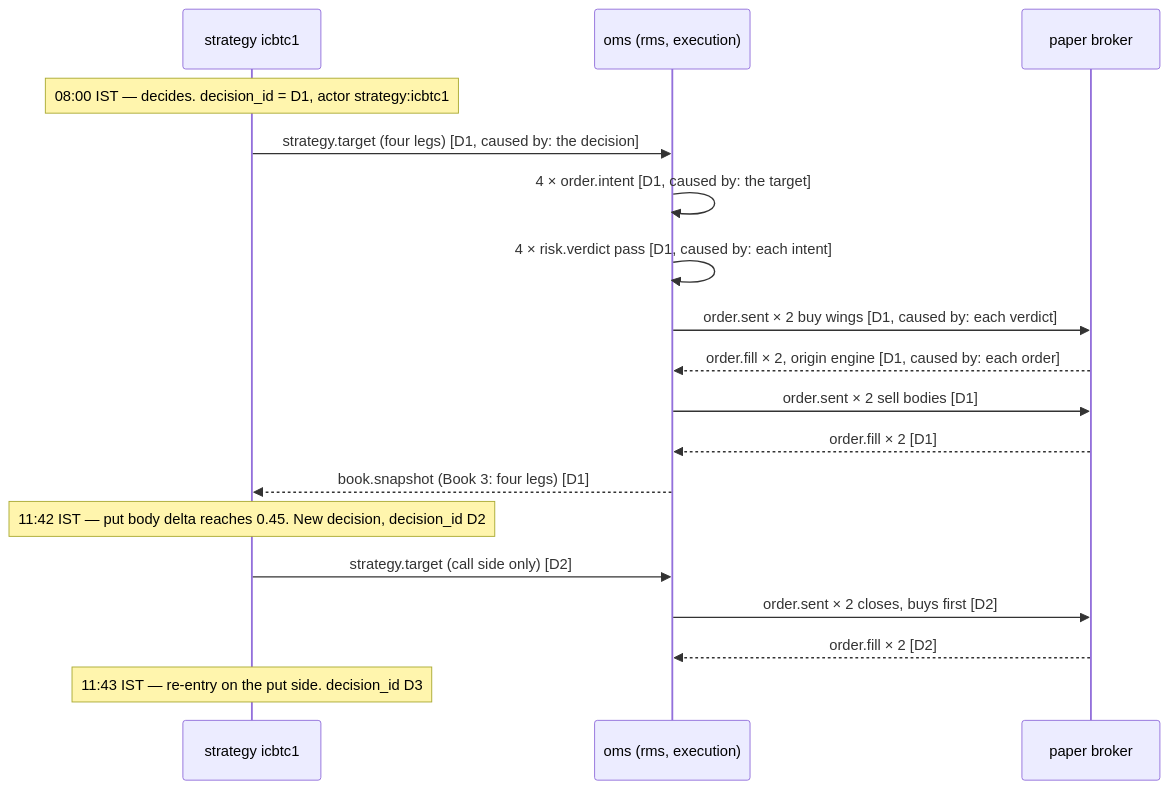
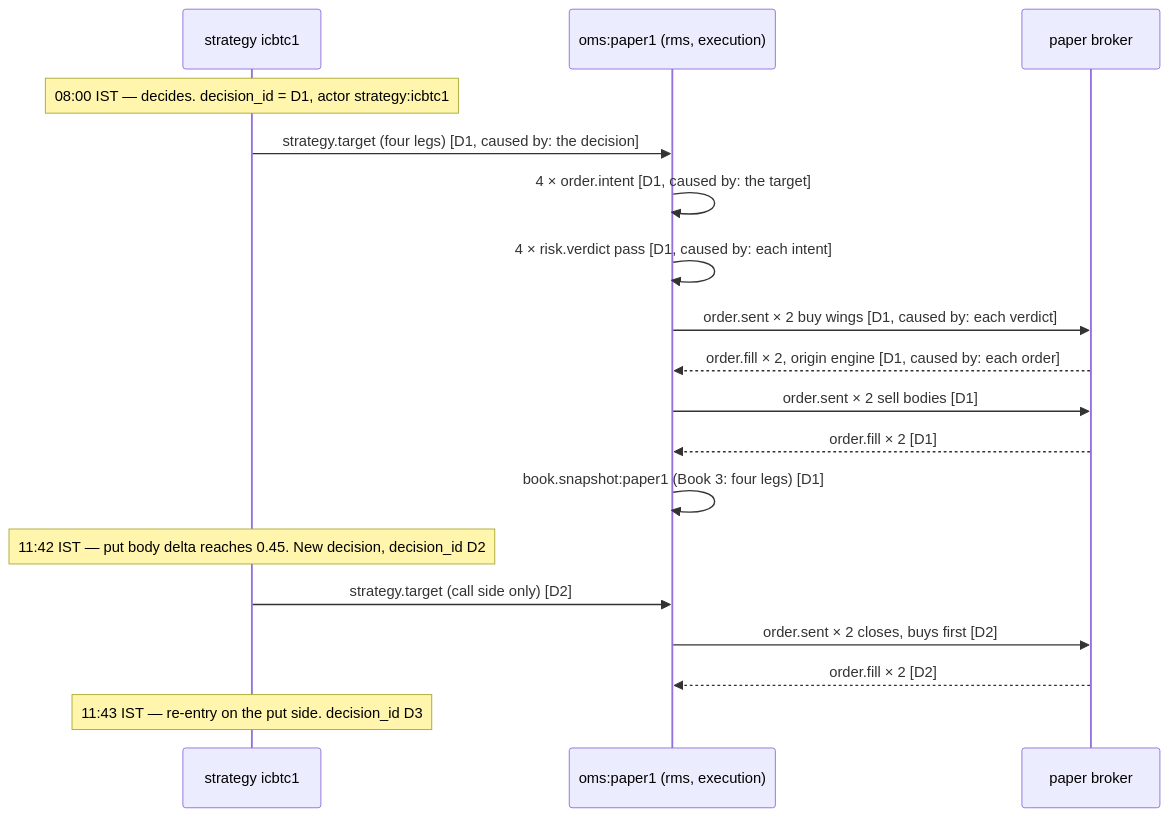
One commit to lalitkarthik/delta-exchange-payoff changed the diagram in docs/design/execution/events-and-tracing.md. Above: the diagram before and after it, drawn with Mermaid. The commit also changed other lines of this file and 10 other files, not shown here.

Commit message:
The execution design becomes multi-client: one OMS per client, subscriptions in strategy units, per-client risk

````diff
--- a/docs/design/execution/events-and-tracing.md
+++ b/docs/design/execution/events-and-tracing.md
@@ -97,20 +99,20 @@
 ```mermaid
 sequenceDiagram
   participant S as strategy icbtc1
-  participant O as oms (rms, execution)
+  participant O as oms:paper1 (rms, execution)
   participant P as paper broker
   Note over S: 08:00 IST — decides. decision_id = D1, actor strategy:icbtc1
   S->>O: strategy.target (four legs) [D1, caused by: the decision]
   O->>O: 4 × order.intent [D1, caused by: the target]
   O->>O: 4 × risk.verdict pass [D1, caused by: each intent]
   O->>P: order.sent × 2 buy wings [D1, caused by: each verdict]
   P-->>O: order.fill × 2, origin engine [D1, caused by: each order]
   O->>P: order.sent × 2 sell bodies [D1]
   P-->>O: order.fill × 2 [D1]
-  O-->>S: book.snapshot (Book 3: four legs) [D1]
+  O->>O: book.snapshot:paper1 (Book 3: four legs) [D1]
   Note over S: 11:42 IST — put body delta reaches 0.45. New decision, decision_id D2
   S->>O: strategy.target (call side only) [D2]
   O->>P: order.sent × 2 closes, buys first [D2]
   P-->>O: order.fill × 2 [D2]
   Note over S: 11:43 IST — re-entry on the put side. decision_id D3
 ```
````
